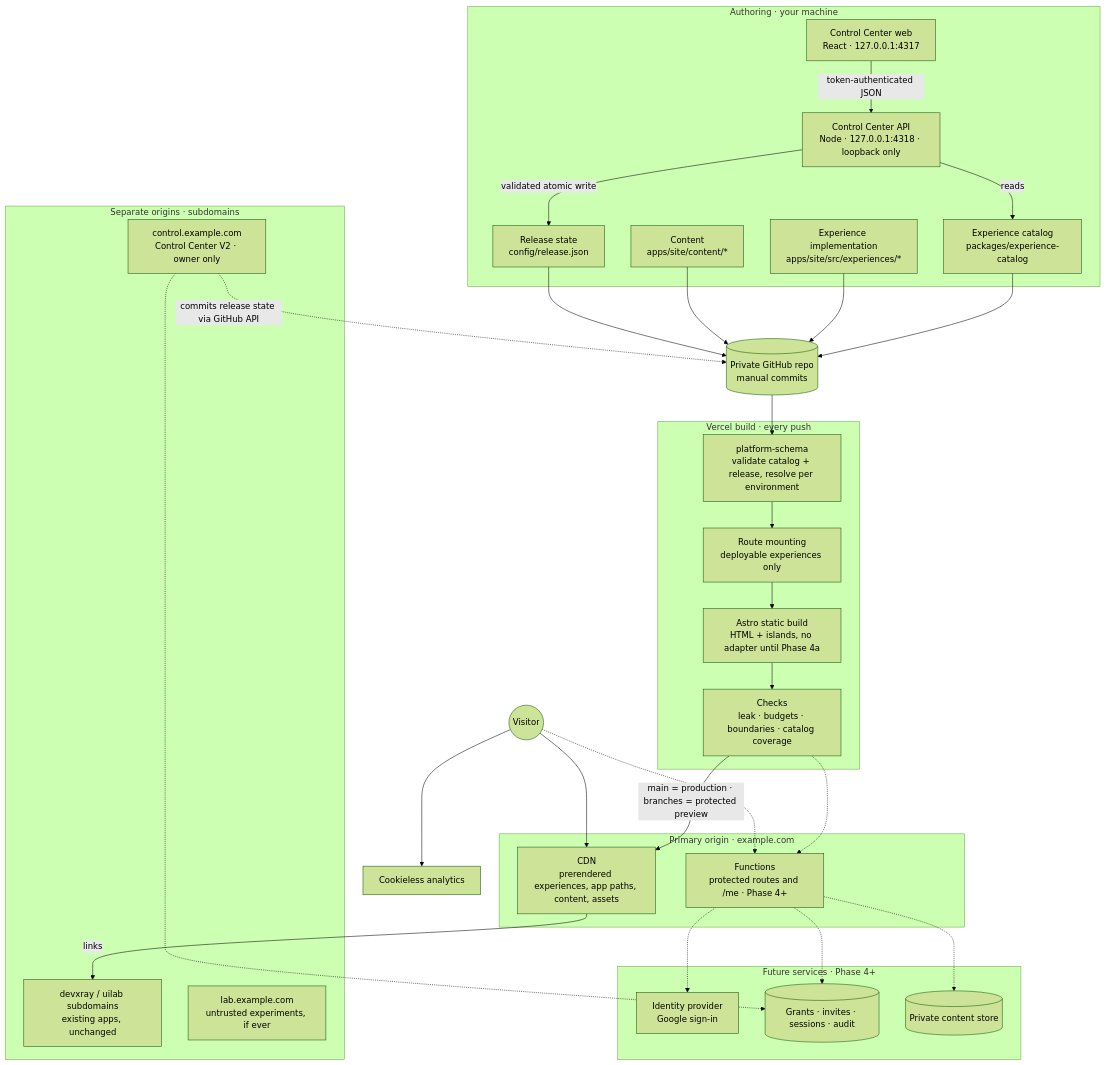
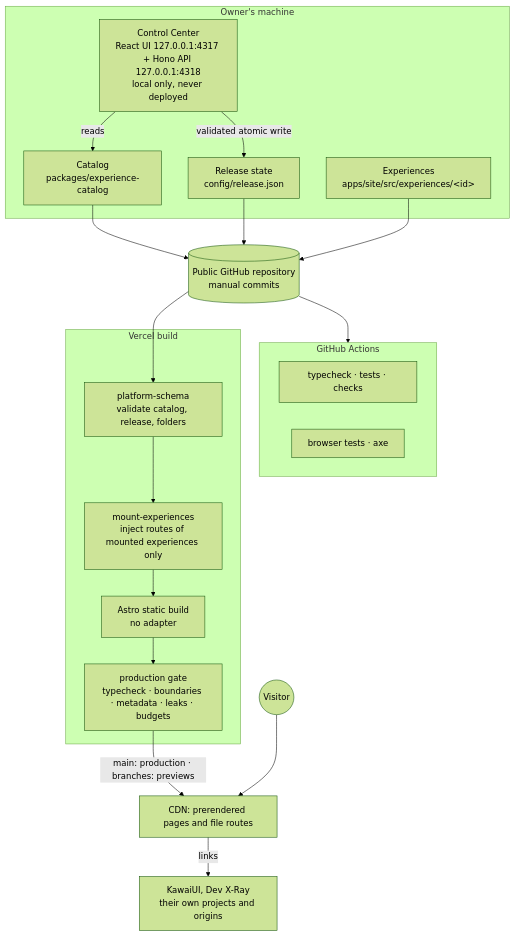
The diagram in docs/blueprint.md (Achchutan-S/orrery), drawn with Mermaid (forest theme) before and after one commit. The commit also changed other lines of this file and 67 other files, not shown here.

````diff
--- a/docs/blueprint.md
+++ b/docs/blueprint.md
@@ -113,51 +69,30 @@
 ```mermaid
 flowchart TB
-  subgraph Authoring["Authoring · your machine"]
-    CCW["Control Center web<br/>React · 127.0.0.1:4317"]
-    CCA["Control Center API<br/>Node · 127.0.0.1:4318 · loopback only"]
-    CAT["Experience catalog<br/>packages/experience-catalog"]
-    EXP["Experience implementation<br/>apps/site/src/experiences/*"]
-    CON["Content<br/>apps/site/content/*"]
+  subgraph Owner["Owner's machine"]
+    CC["Control Center<br/>React UI 127.0.0.1:4317 + Hono API 127.0.0.1:4318<br/>local only, never deployed"]
+    CAT["Catalog<br/>packages/experience-catalog"]
     REL["Release state<br/>config/release.json"]
-    CCW -- "token-authenticated JSON" --> CCA
-    CCA -- "reads" --> CAT
-    CCA -- "validated atomic write" --> REL
+    EXP["Experiences<br/>apps/site/src/experiences/&lt;id&gt;"]
+    CC -- "validated atomic write" --> REL
+    CC -- "reads" --> CAT
   end
-  REPO[("Private GitHub repo<br/>manual commits")]
-  CAT --> REPO
-  EXP --> REPO
-  CON --> REPO
-  REL --> REPO
-  subgraph Build["Vercel build · every push"]
-    SCH["platform-schema<br/>validate catalog + release, resolve per environment"]
-    MNT["Route mounting<br/>deployable experiences only"]
-    AST["Astro static build<br/>HTML + islands, no adapter until Phase 4a"]
-    CHK["Checks<br/>leak · budgets · boundaries · catalog coverage"]
+  GH[("Public GitHub repository<br/>manual commits")]
+  CAT --> GH
+  REL --> GH
+  EXP --> GH
+  subgraph CI["GitHub Actions"]
+    V["typecheck · tests · checks"]
+    B["browser tests · axe"]
   end
-  REPO --> SCH --> MNT --> AST --> CHK
-  subgraph Main["Primary origin · example.com"]
-    CDN["CDN<br/>prerendered experiences, app paths, content, assets"]
-    FN["Functions<br/>protected routes and /me · Phase 4+"]
+  GH --> CI
+  subgraph Build["Vercel build"]
+    S["platform-schema<br/>validate catalog, release, folders"]
+    M["mount-experiences<br/>inject routes of mounted experiences only"]
+    A["Astro static build<br/>no adapter"]
+    G["production gate<br/>typecheck · boundaries · metadata · leaks · budgets"]
   end
-  CHK -- "main = production · branches = protected preview" --> CDN
-  CHK -.-> FN
-  V(("Visitor")) --> CDN
-  V -.-> FN
-  V --> AN["Cookieless analytics"]
-  subgraph Future["Future services · Phase 4+"]
-    IDP["Identity provider<br/>Google sign-in"]
-    DB[("Grants · invites · sessions · audit")]
-    PRV[("Private content store")]
-  end
-  FN -.-> IDP
-  FN -.-> DB
-  FN -.-> PRV
-  subgraph Origins["Separate origins · subdomains"]
-    CC2["control.example.com<br/>Control Center V2 · owner only"]
-    EXT["devxray / uilab subdomains<br/>existing apps, unchanged"]
-    LAB["lab.example.com<br/>untrusted experiments, if ever"]
-  end
-  CC2 -. "commits release state via GitHub API" .-> REPO
-  CC2 -.-> DB
-  CDN -- "links" --> EXT
+  GH --> S --> M --> A --> G
+  G -- "main: production · branches: previews" --> CDN["CDN: prerendered pages and file routes"]
+  Visitor(("Visitor")) --> CDN
+  CDN -- "links" --> EXT["KawaiUI, Dev X-Ray<br/>their own projects and origins"]
 ```
````
